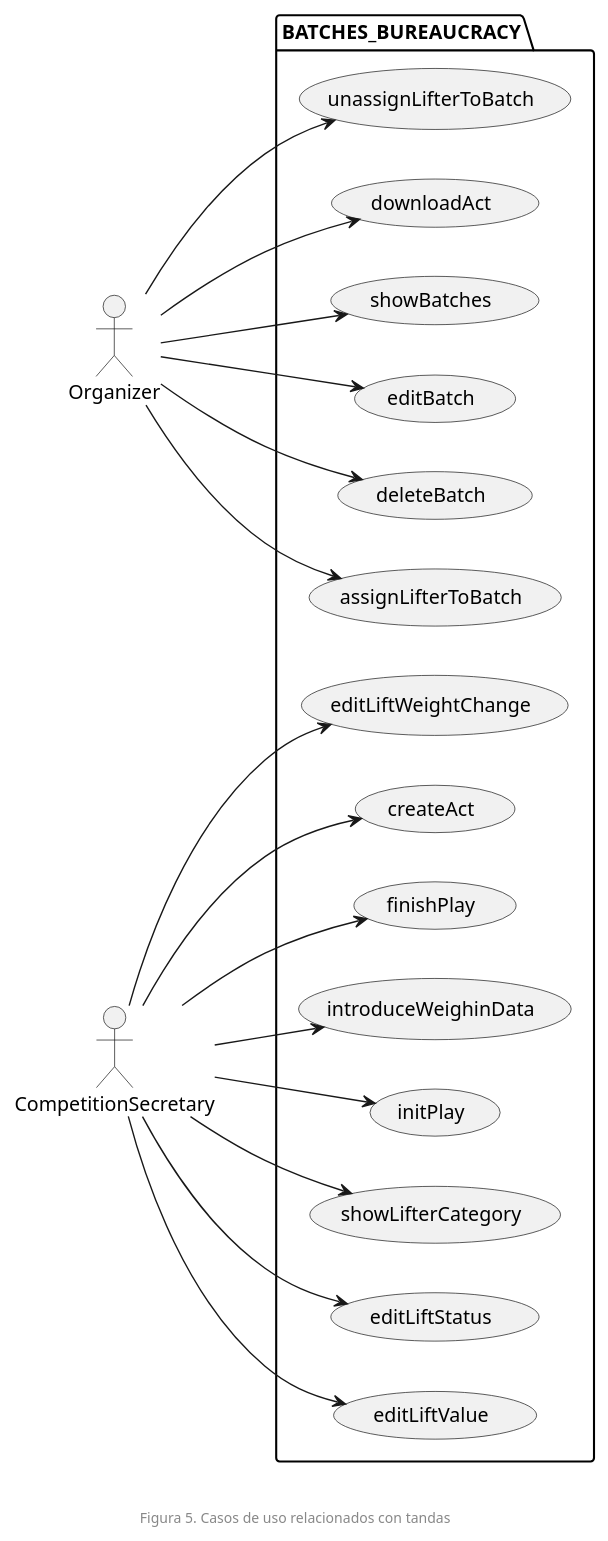
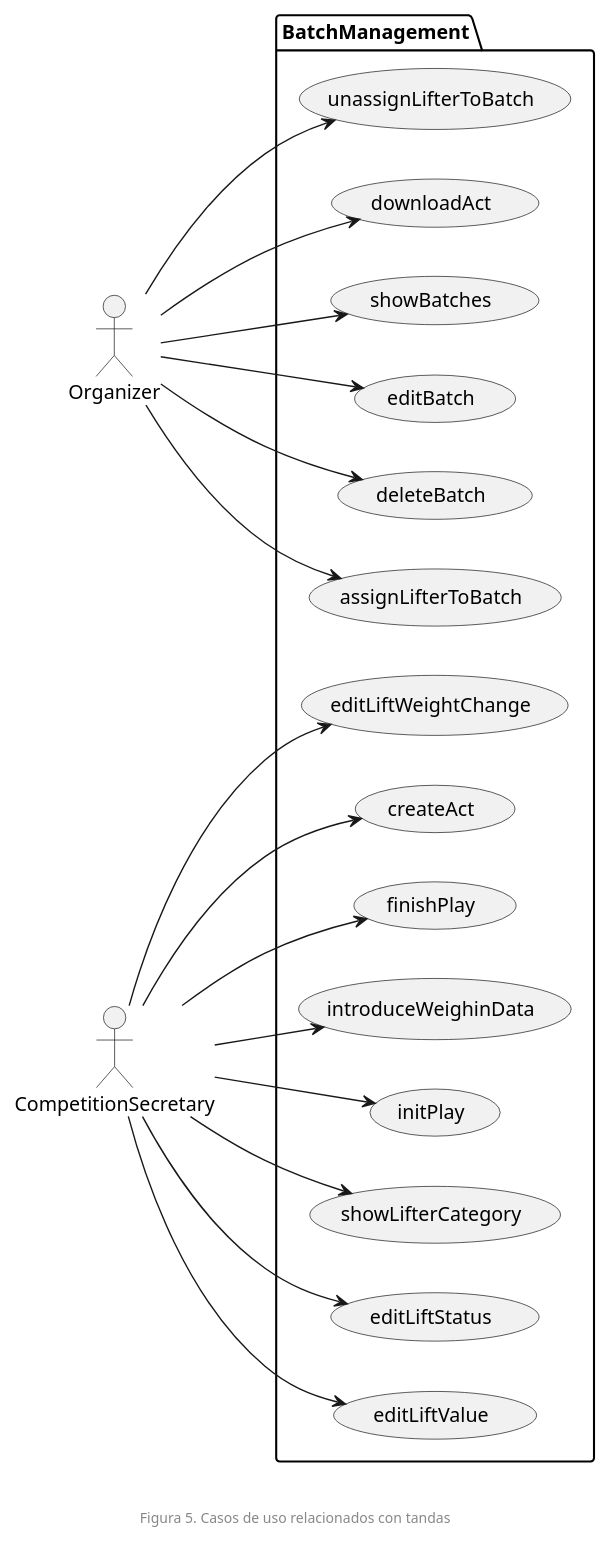
One commit to zuldare/mastercloud_pfm_halterocms changed the diagram in documentation/diagrams/usecases/batchesBureaucrazy.puml. Above: the diagram before and after it, drawn with PlantUML. The commit also changed 7 other files, not shown here.

```diff
--- a/documentation/diagrams/usecases/batchesBureaucrazy.puml
+++ b/documentation/diagrams/usecases/batchesBureaucrazy.puml
@@ -1,42 +1,42 @@
 @startuml
 left to right direction
-package BATCHES_BUREAUCRACY {
+package BatchManagement {
   usecase showBatches
   usecase editBatch
 
   usecase deleteBatch
   usecase assignLifterToBatch
   usecase unassignLifterToBatch
 
   usecase showLifterCategory
   usecase editLiftStatus
   usecase editLiftValue
 
   usecase editLiftWeightChange
   usecase createAct
   usecase downloadAct
   usecase introduceWeighinData
 
   usecase initPlay
   usecase finishPlay
 }
 
 Organizer --> showBatches
 Organizer --> editBatch
 Organizer --> assignLifterToBatch
 Organizer --> unassignLifterToBatch
 Organizer --> deleteBatch
 Organizer --> downloadAct
 
 CompetitionSecretary --> introduceWeighinData
 CompetitionSecretary --> editLiftStatus
 CompetitionSecretary --> editLiftValue
 CompetitionSecretary --> createAct
 CompetitionSecretary --> editLiftWeightChange
 CompetitionSecretary --> showLifterCategory
 CompetitionSecretary --> initPlay
 CompetitionSecretary --> finishPlay
 
 footer \n\nFigura 5. Casos de uso relacionados con tandas
 
 @enduml
```
